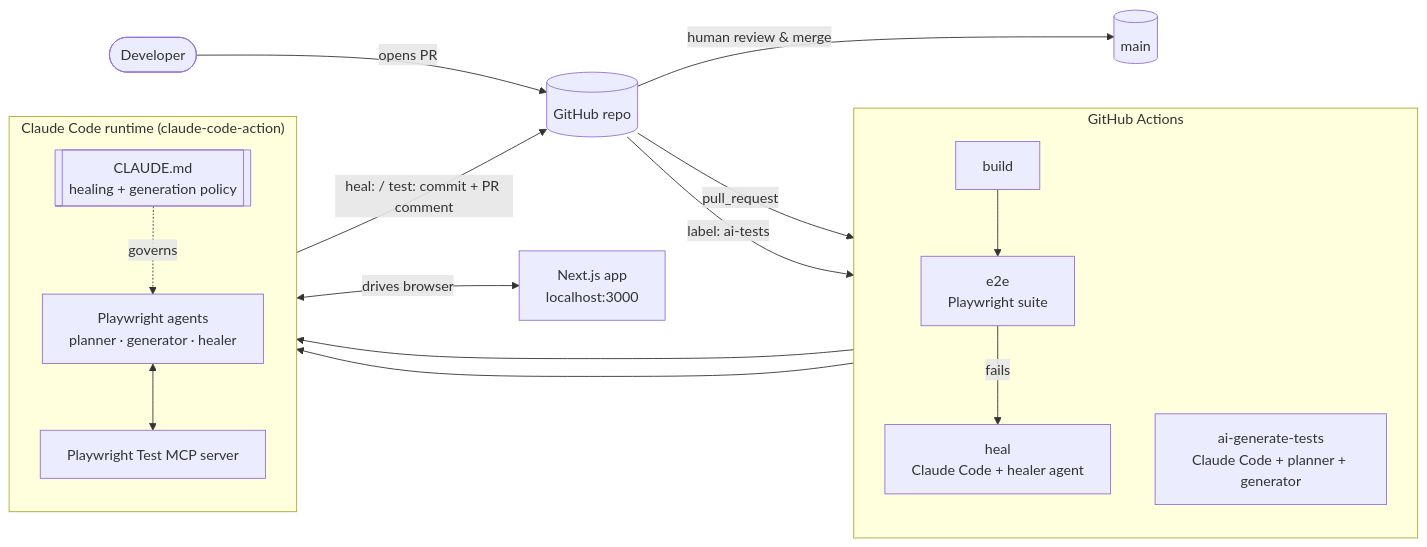
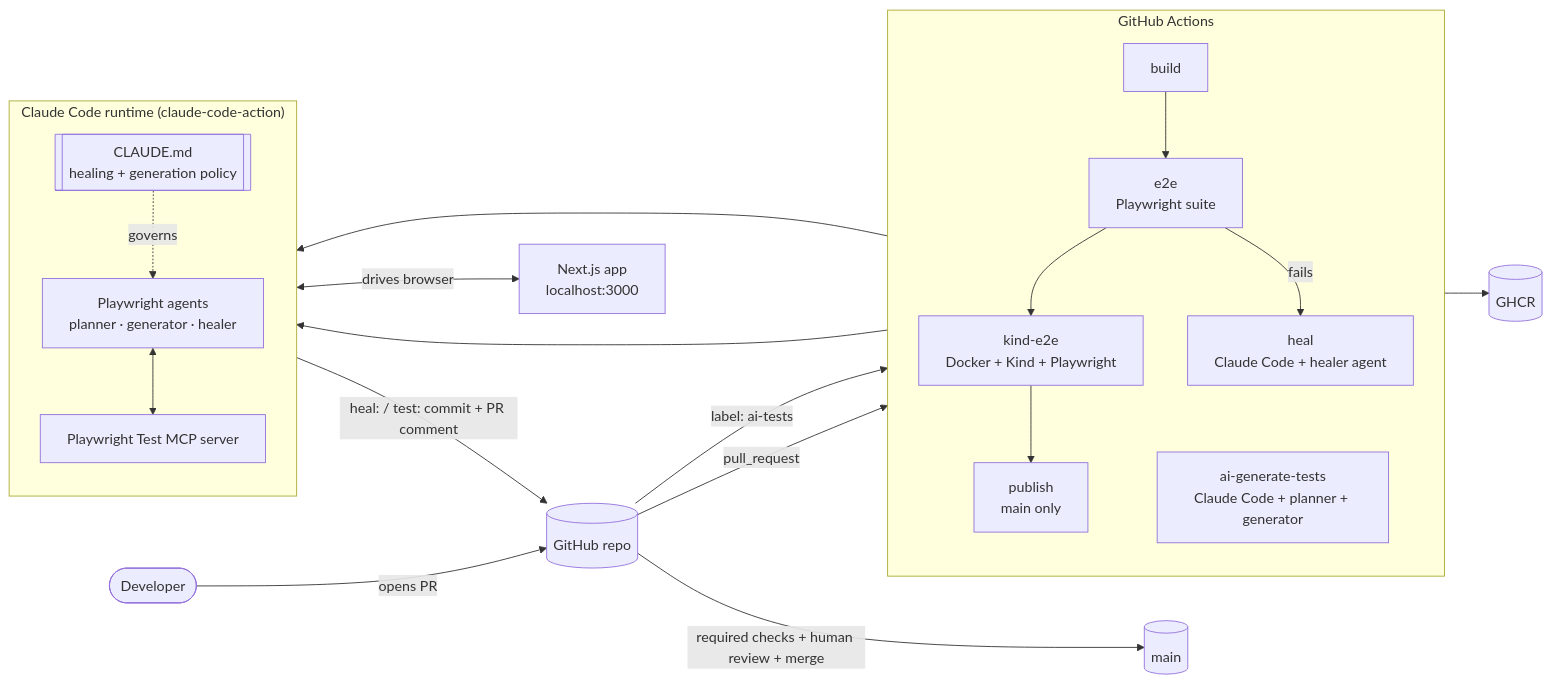
The second of 5 diagrams in README.md (zbasmajian/agentic-qa-demo), drawn with Mermaid before and after one commit. The commit also changed other lines of this file and 6 other files, not shown here.

````diff
--- a/README.md
+++ b/README.md
@@ -49,30 +111,33 @@
 ```mermaid
 flowchart LR
     dev([Developer]) -->|opens PR| gh[(GitHub repo)]
 
     subgraph GHA["GitHub Actions"]
         direction TB
-        build[build] --> e2e[e2e<br/>Playwright suite]
-        e2e -- fails --> heal[heal<br/>Claude Code + healer agent]
-        gen[ai-generate-tests<br/>Claude Code + planner + generator]
+        build[build] --> e2e["e2e<br/>Playwright suite"]
+        e2e --> kind["kind-e2e<br/>Docker + Kind + Playwright"]
+        e2e -- fails --> heal["heal<br/>Claude Code + healer agent"]
+        kind --> publish["publish<br/>main only"]
+        gen["ai-generate-tests<br/>Claude Code + planner + generator"]
     end
 
     gh -->|pull_request| build
     gh -->|"label: ai-tests"| gen
 
     subgraph Agent["Claude Code runtime (claude-code-action)"]
         direction TB
-        policy[[CLAUDE.md<br/>healing + generation policy]]
-        agents[Playwright agents<br/>planner · generator · healer]
+        policy[["CLAUDE.md<br/>healing + generation policy"]]
+        agents["Playwright agents<br/>planner · generator · healer"]
         mcp[Playwright Test MCP server]
         agents <--> mcp
         policy -.governs.-> agents
     end
 
     heal --> Agent
     gen --> Agent
-    mcp <-->|drives browser| app[Next.js app<br/>localhost:3000]
+    mcp <-->|drives browser| app["Next.js app<br/>localhost:3000"]
 
     Agent -->|"heal: / test: commit + PR comment"| gh
-    gh -->|human review & merge| main[(main)]
+    gh -->|"required checks + human review + merge"| main[(main)]
+    publish --> ghcr[(GHCR)]
 ```
````
